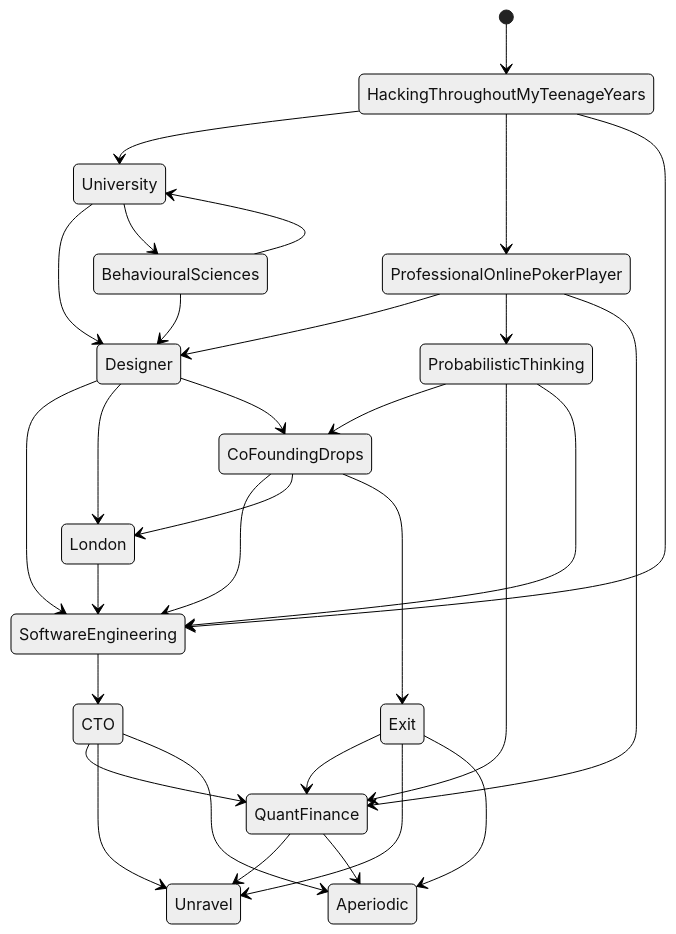
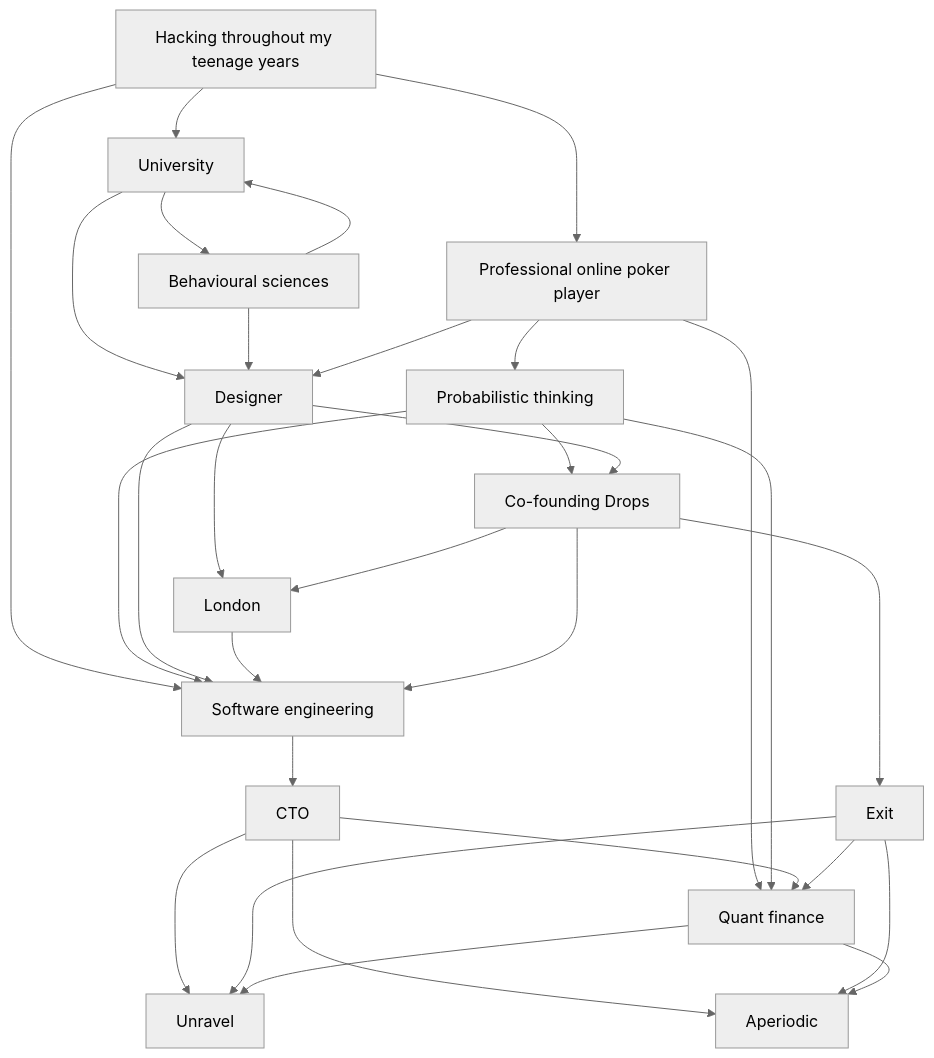
The diagram in content/_index.md (almostintuitive/almostintuitive.github.io), drawn with Mermaid (neutral theme) before and after one commit.

Commit message:
Adjust plan for state diagram syntax fix
Agent-Logs-Url: https://github.com/almostintuitive/almostintuitive.github.io/sessions/77d6e3dd-08c5-4464-88b5-8b1d3f45e997

```diff
--- a/content/_index.md
+++ b/content/_index.md
@@ -24,34 +24,33 @@
 {{< mermaid >}}
 
-stateDiagram
-  [*] --> HackingThroughoutMyTeenageYears
-  HackingThroughoutMyTeenageYears --> University
-  HackingThroughoutMyTeenageYears --> ProfessionalOnlinePokerPlayer
-  University --> Designer
-  University --> BehaviouralSciences
-  BehaviouralSciences --> University
-  BehaviouralSciences --> Designer
-  ProfessionalOnlinePokerPlayer --> Designer
-  ProfessionalOnlinePokerPlayer --> ProbabilisticThinking
-  ProfessionalOnlinePokerPlayer --> QuantFinance
-  ProbabilisticThinking --> CoFoundingDrops
-  ProbabilisticThinking --> QuantFinance
-  CoFoundingDrops --> SoftwareEngineering
-  Designer --> SoftwareEngineering
-  Designer --> London
-  London --> SoftwareEngineering
-  Designer --> CoFoundingDrops
-  CoFoundingDrops --> London
-  HackingThroughoutMyTeenageYears --> SoftwareEngineering
-  ProbabilisticThinking --> SoftwareEngineering
-  SoftwareEngineering --> CTO
-  CTO --> QuantFinance
-  CTO --> Unravel
-  CTO --> Aperiodic
-  CoFoundingDrops --> Exit
-  Exit --> QuantFinance
-  Exit --> Unravel
-  Exit --> Aperiodic
-  QuantFinance --> Unravel
-  QuantFinance --> Aperiodic
+flowchart TD
+  teenage["Hacking throughout my teenage years"] --> university["University"]
+  teenage --> poker["Professional online poker player"]
+  teenage --> engineering["Software engineering"]
+  university --> designer["Designer"]
+  university --> behavioural["Behavioural sciences"]
+  behavioural --> university
+  behavioural --> designer
+  poker --> designer
+  poker --> probabilistic["Probabilistic thinking"]
+  poker --> quant["Quant finance"]
+  probabilistic --> drops["Co-founding Drops"]
+  probabilistic --> quant
+  probabilistic --> engineering
+  designer --> engineering
+  designer --> london["London"]
+  designer --> drops
+  london --> engineering
+  drops --> engineering
+  drops --> london
+  drops --> exit["Exit"]
+  engineering --> cto["CTO"]
+  cto --> quant
+  cto --> unravel["Unravel"]
+  cto --> aperiodic["Aperiodic"]
+  exit --> quant
+  exit --> unravel
+  exit --> aperiodic
+  quant --> unravel
+  quant --> aperiodic
 {{< /mermaid >}}
```
